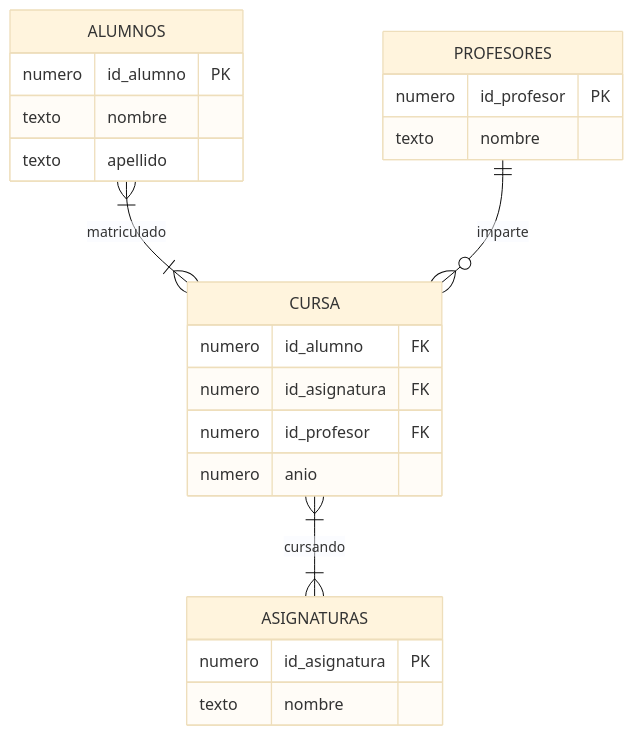
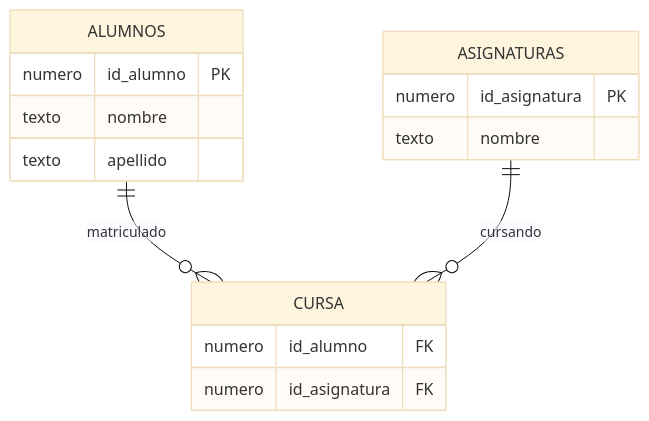
Before and after one commit to IraitzM/ingenieria-datos: the second of 2 diagrams in content/sistemas/sql.qmd, drawn with Mermaid (base theme). The commit also changed 4 other files, not shown here.

Commit message:
FIX ER diagrams

````diff
--- a/content/sistemas/sql.qmd
+++ b/content/sistemas/sql.qmd
@@ -123,26 +123,19 @@
 ```{mermaid}
 erDiagram
     ALUMNOS {
         numero id_alumno PK
         texto nombre
         texto apellido
     }
     CURSA{
         numero id_alumno FK
         numero id_asignatura FK
-        numero id_profesor FK
-        numero anio
     }
     ASIGNATURAS {
         numero id_asignatura PK
         texto nombre
     }
-    PROFESORES {
-        numero id_profesor PK
-        texto nombre
-    }
 
-    ALUMNOS }|--|{ CURSA: matriculado
-    CURSA }|--|{ ASIGNATURAS: cursando
-    PROFESORES ||--o{ CURSA: imparte
+    ALUMNOS ||--o{ CURSA: matriculado
+    ASIGNATURAS ||--o{ CURSA: cursando
 ```
````
